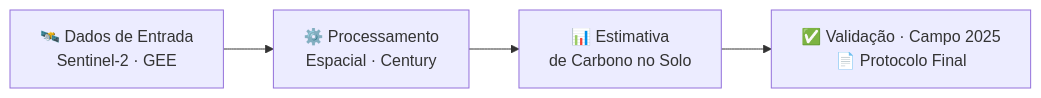
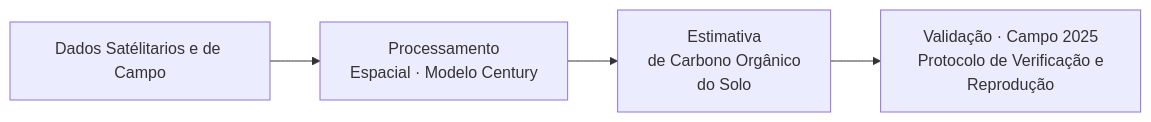
Before and after one commit to FelipeJesusRemoteSensing/CarbonProgram: the second of 2 diagrams in docs/mds/contexto.md, drawn with Mermaid. The commit also changed other lines of this file, not shown here.

````diff
--- a/docs/mds/contexto.md
+++ b/docs/mds/contexto.md
@@ -43,7 +43,7 @@
 ```mermaid
 flowchart LR
-    A[🛰️ Dados de Entrada<br>Sentinel-2 · GEE] --> B[⚙️ Processamento<br>Espacial · Century]
-    B --> C[📊 Estimativa<br>de Carbono no Solo]
-    C --> D[✅ Validação · Campo 2025<br>📄 Protocolo Final]
+    A[Dados Satélitarios e de Campo] --> B[Processamento<br>Espacial · Modelo Century]
+    B --> C[Estimativa<br>de Carbono Orgânico<br> do Solo]
+    C --> D[Validação · Campo 2025<br> Protocolo de Verificação e Reprodução]
 
 ```
````
